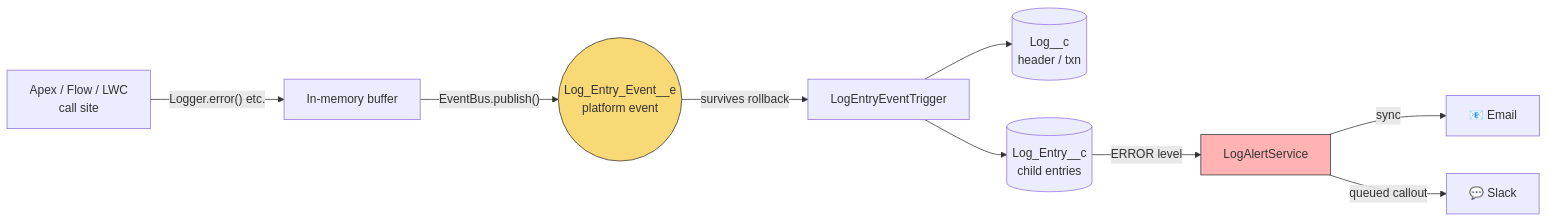
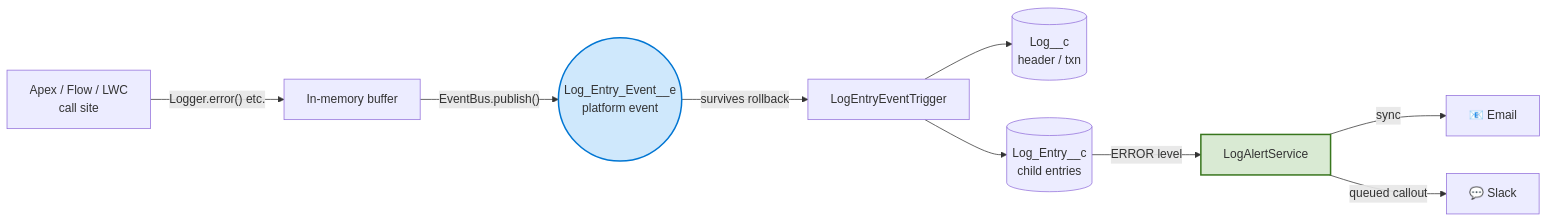
One commit to rajesh-jayoh/jayoh-logger changed the diagram in README.md. Above: the diagram before and after it, drawn with Mermaid.

Commit message:
Adjust diagram colors for better contrast/cohesion

````diff
--- a/README.md
+++ b/README.md
@@ -25,14 +25,14 @@
 ```mermaid
 flowchart LR
     A["Apex / Flow / LWC\ncall site"] -->|"Logger.error() etc."| B["In-memory buffer"]
     B -->|"EventBus.publish()"| C(("Log_Entry_Event__e\nplatform event"))
     C -->|"survives rollback"| D["LogEntryEventTrigger"]
     D --> E[("Log__c\nheader / txn")]
     D --> F[("Log_Entry__c\nchild entries")]
     F -->|"ERROR level"| G["LogAlertService"]
     G -->|"sync"| H["📧 Email"]
     G -->|"queued callout"| I["💬 Slack"]
 
-    style C fill:#f9d976,stroke:#333
-    style G fill:#ffb3b3,stroke:#333
+    style C fill:#cfe8fc,stroke:#0176D3,stroke-width:2px
+    style G fill:#d9ead3,stroke:#38761d,stroke-width:2px
 ```
````
